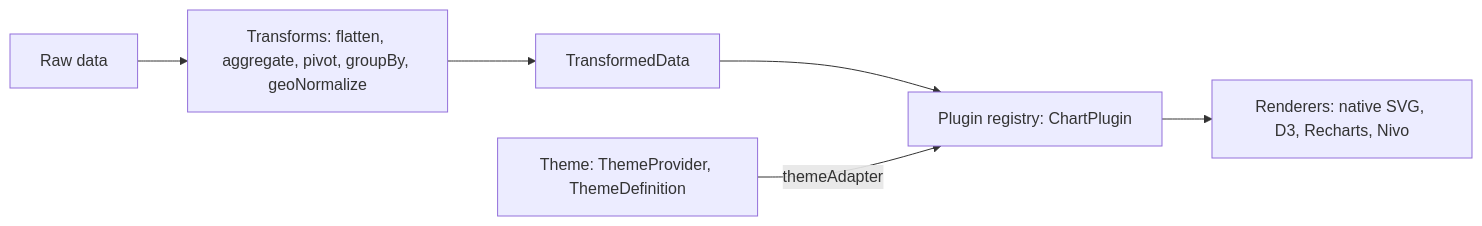
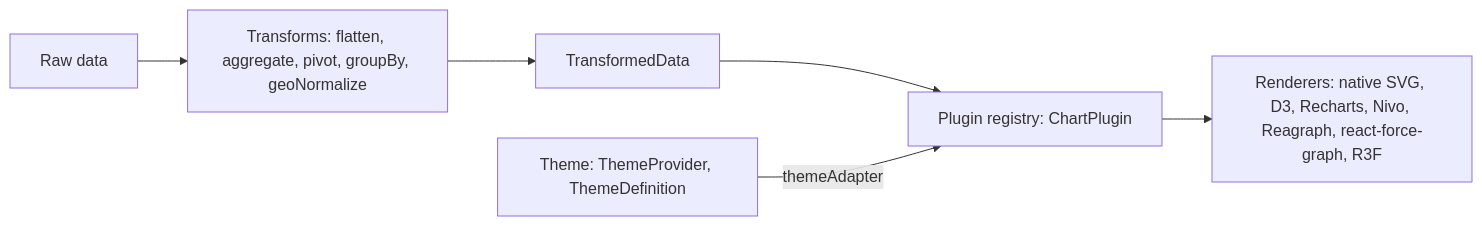
Before and after one commit to bsommers/lumagrid: the first of 4 diagrams in docs/ARCHITECTURE.md, drawn with Mermaid. The commit also changed other lines of this file and 10 other files, not shown here.

Commit message:
docs: network graph guides and changelog (M4)

````diff
--- a/docs/ARCHITECTURE.md
+++ b/docs/ARCHITECTURE.md
@@ -30,8 +30,8 @@
 ```mermaid
 flowchart LR
     raw["Raw data"] --> transforms["Transforms: flatten, aggregate, pivot, groupBy, geoNormalize"]
     transforms --> td["TransformedData"]
     td --> registry["Plugin registry: ChartPlugin"]
     theme["Theme: ThemeProvider, ThemeDefinition"] -->|themeAdapter| registry
-    registry --> renderers["Renderers: native SVG, D3, Recharts, Nivo"]
+    registry --> renderers["Renderers: native SVG, D3, Recharts, Nivo, Reagraph, react-force-graph, R3F"]
 ```
````
